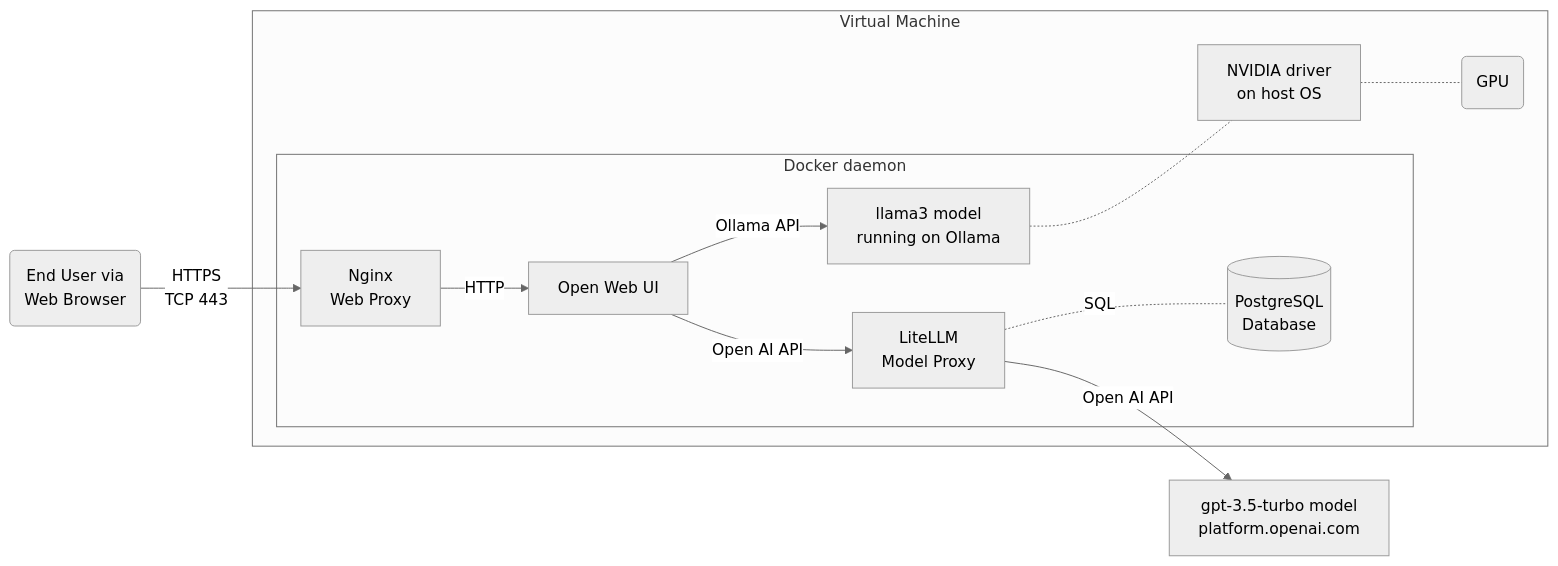
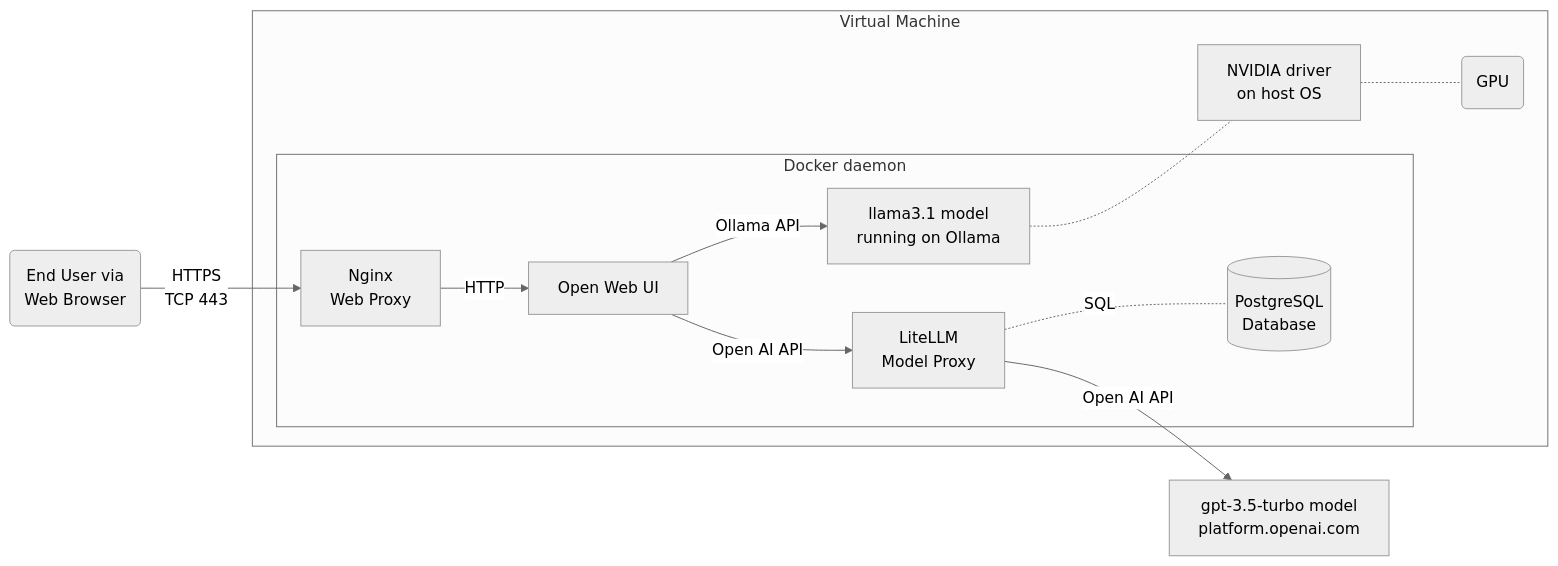
Before and after one commit to digihunch/chat-service: the diagram in README.md, drawn with Mermaid (neutral theme). The commit also changed other lines of this file, not shown here.

````diff
--- a/README.md
+++ b/README.md
@@ -16,15 +16,15 @@
 ```mermaid
 graph LR;
     A(End User via\nWeb Browser) --> |HTTPS\n TCP 443|B[Nginx \n Web Proxy];
     subgraph Virtual Machine
     subgraph Docker daemon
     B -->|HTTP| C[Open Web UI]
-    C -->|Ollama API| D[llama3 model\n running on Ollama];
+    C -->|Ollama API| D[llama3.1 model\n running on Ollama];
     C -->|Open AI API| E[LiteLLM\n Model Proxy];
     E -.-|SQL| F[(PostgreSQL\n Database)];
     end
     D -.- G[NVIDIA driver\non host OS]
     G -.- I(GPU)
     end
     E -->|Open AI API| H[gpt-3.5-turbo model\n platform.openai.com];
 ```
````
